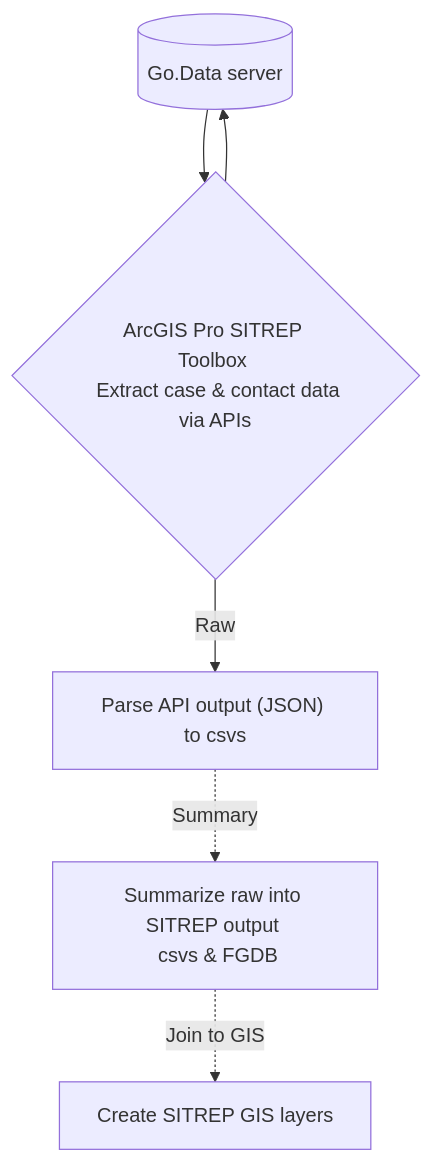
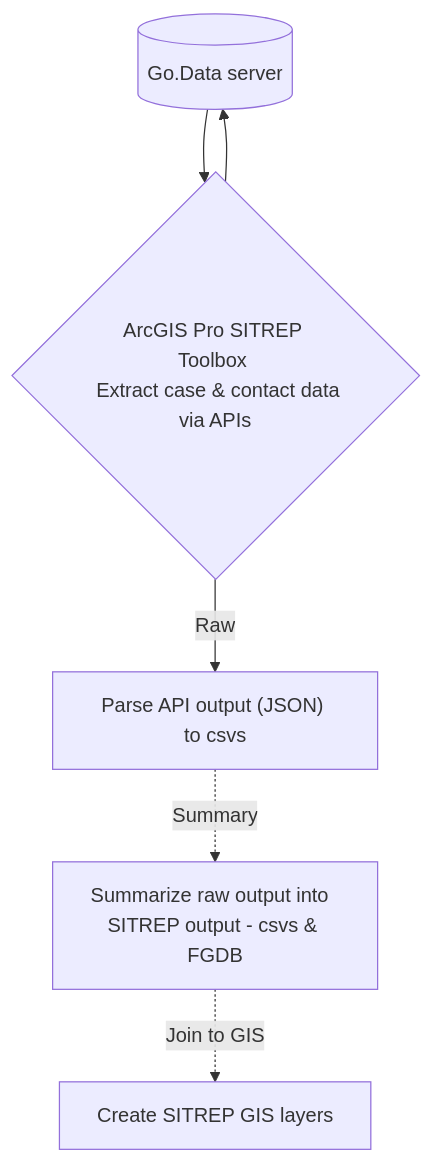
Before and after one commit to LangsterGA/mermaid: the diagram in README.md, drawn with Mermaid.

````diff
--- a/README.md
+++ b/README.md
@@ -3,8 +3,8 @@
 ```mermaid
   graph TD
     A[(Go.Data server)]--> B{ArcGIS Pro SITREP Toolbox <br/> Extract case & contact data<br/>via APIs};
     B-->A
     B -->|Raw| C["Parse API output (JSON) to csvs"];
-    C-.->|Summary| D[Summarize raw into SITREP output <br/> csvs & FGDB]; 
+    C-.->|Summary| D[Summarize raw output into  <br/>SITREP output - csvs & FGDB]; 
     D-.->|Join to GIS| E[Create SITREP GIS layers];
  ```
````
